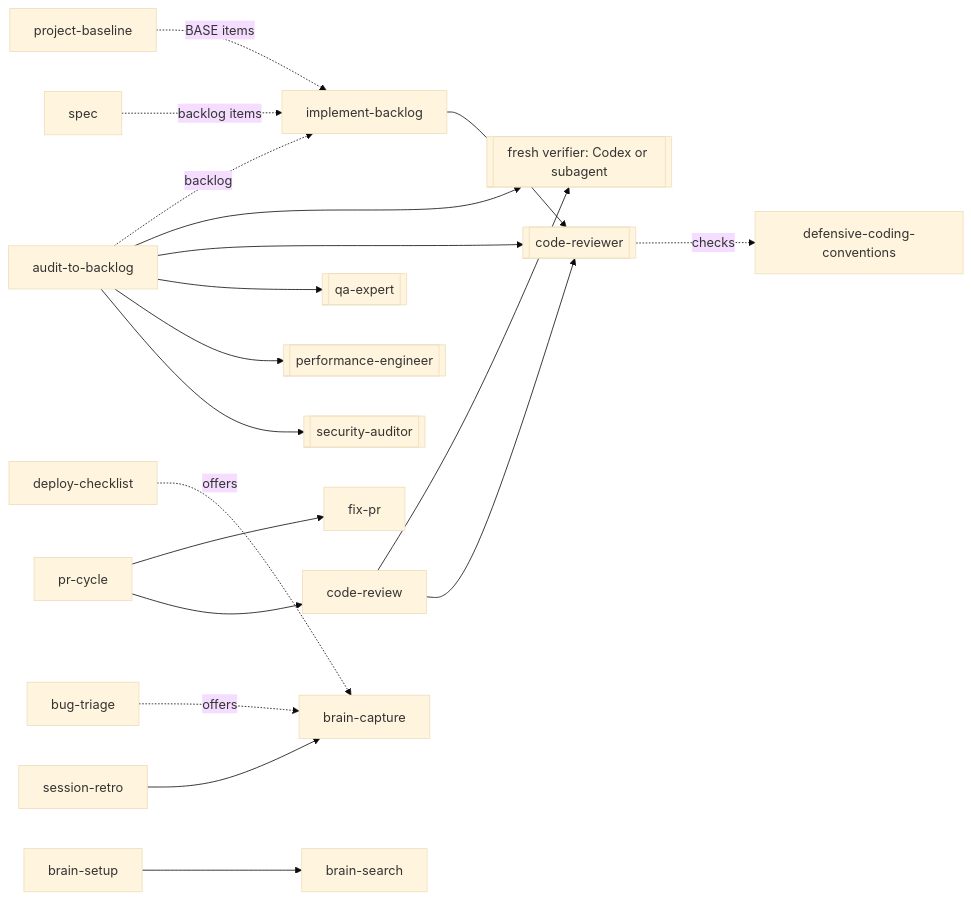
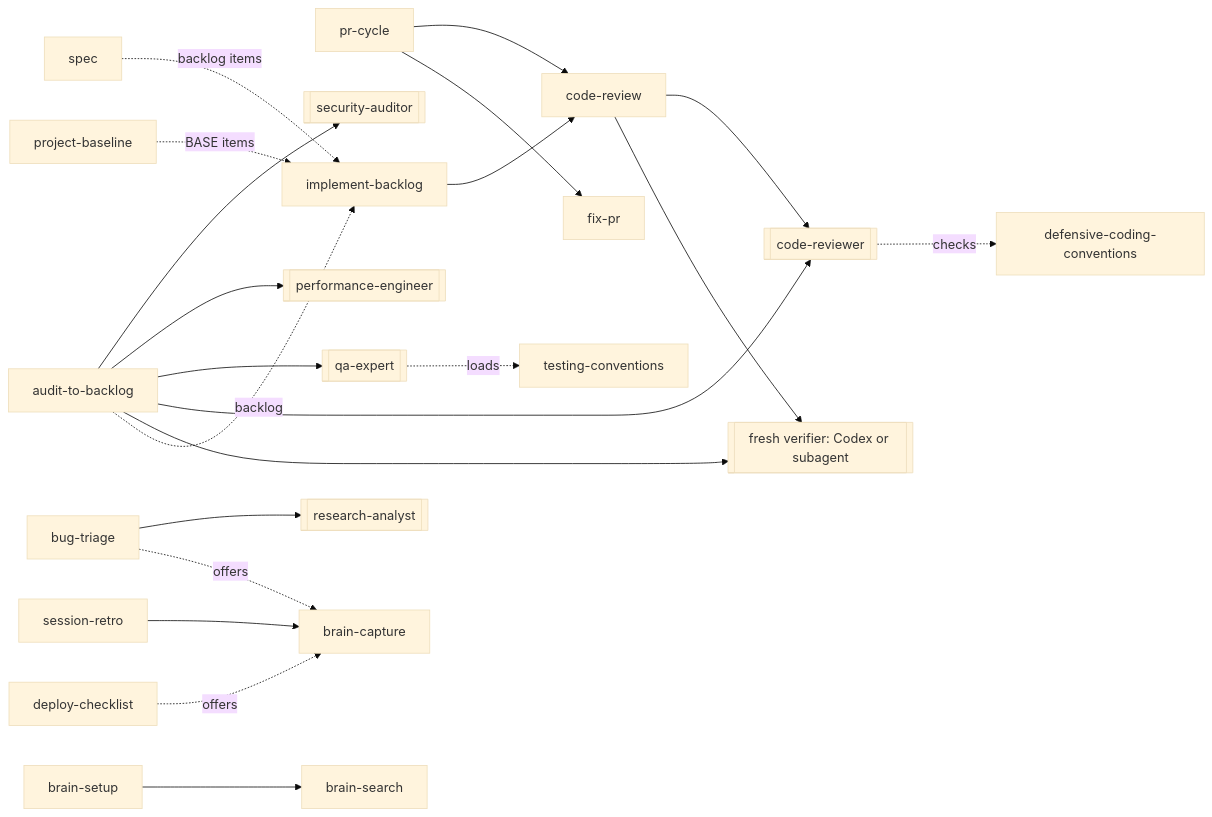
Before and after one commit to msolecki/developer-os: the second of 2 diagrams in docs/architecture/overview.md, drawn with Mermaid (base theme). The commit also changed other lines of this file and 119 other files, not shown here.

````diff
--- a/docs/architecture/overview.md
+++ b/docs/architecture/overview.md
@@ -90,21 +92,23 @@
 ```mermaid
 flowchart LR
   pr-cycle --> code-review
   pr-cycle --> fix-pr
   code-review --> code-reviewer[[code-reviewer]]
   code-review --> verifier[[fresh verifier: Codex or subagent]]
   audit-to-backlog --> security-auditor[[security-auditor]]
   audit-to-backlog --> performance-engineer[[performance-engineer]]
   audit-to-backlog --> qa-expert[[qa-expert]]
   audit-to-backlog --> code-reviewer
   audit-to-backlog --> verifier
-  implement-backlog --> code-reviewer
+  implement-backlog --> code-review
+  bug-triage --> research-analyst[[research-analyst]]
   spec -. backlog items .-> implement-backlog
   audit-to-backlog -. backlog .-> implement-backlog
   project-baseline -. BASE items .-> implement-backlog
   session-retro --> brain-capture
   brain-setup --> brain-search
   bug-triage -. offers .-> brain-capture
   deploy-checklist -. offers .-> brain-capture
   code-reviewer -. checks .-> defensive-coding-conventions
+  qa-expert -. loads .-> testing-conventions
 ```
````
